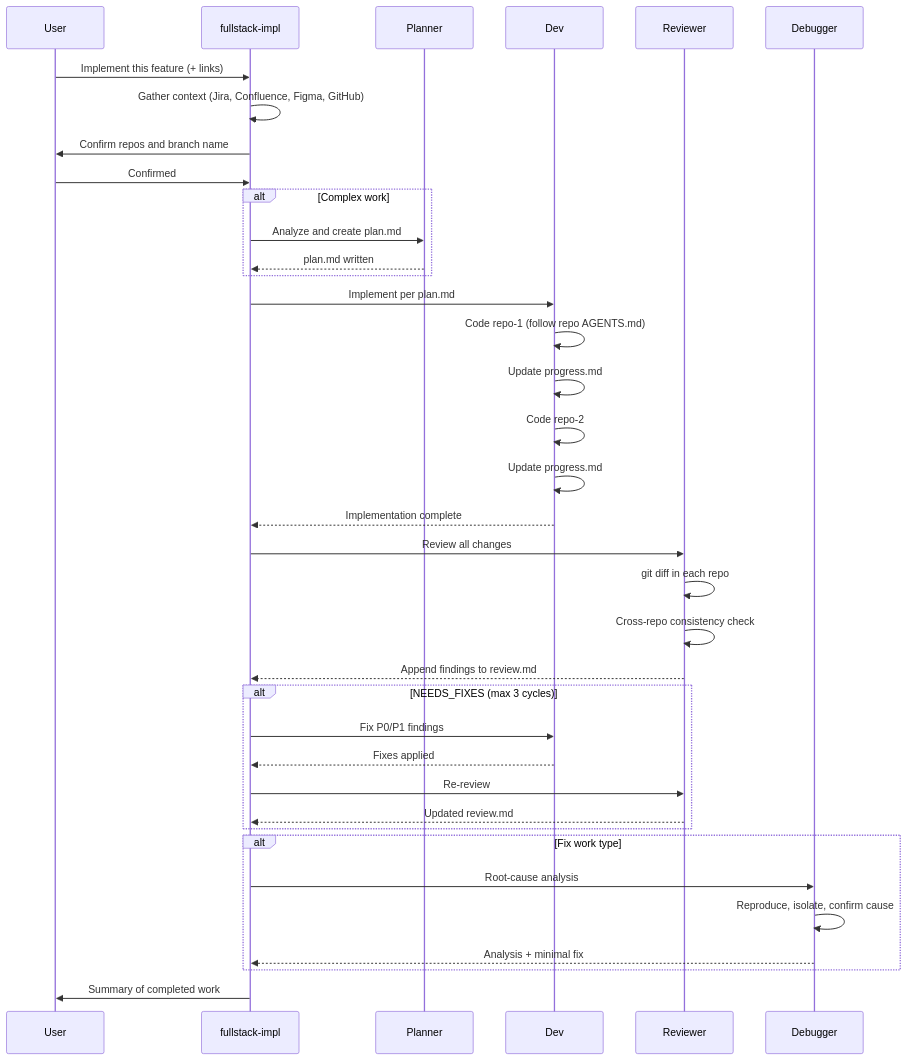
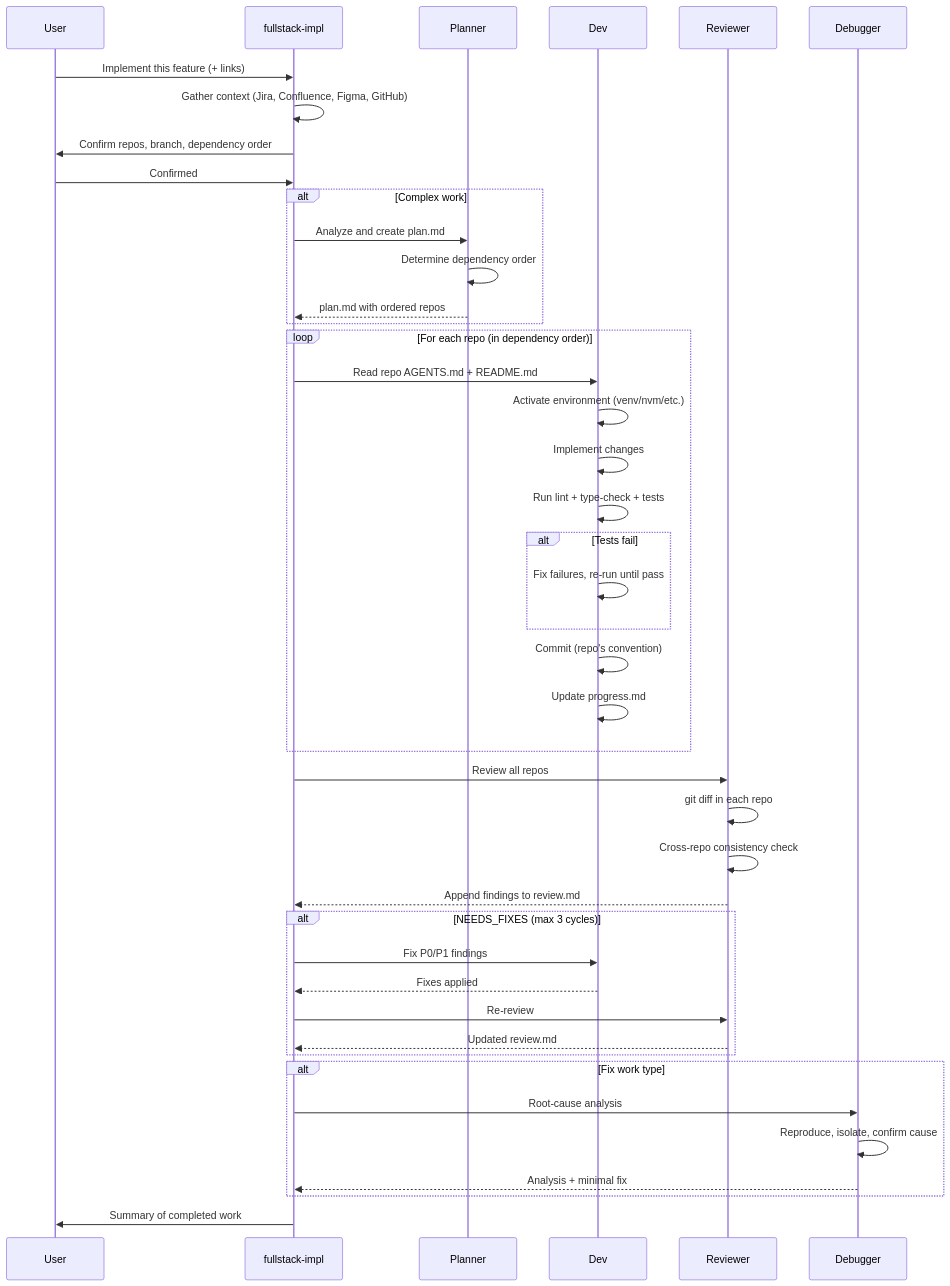
Before and after one commit to jie-meng/mythril-agent-skills: the second of 2 diagrams in docs/fullstack/FULLSTACK-IMPL.md, drawn with Mermaid. The commit also changed other lines of this file and 1 other file, not shown here.

Commit message:
[fullstack-impl] Add serial orchestration, environment management, test rigor

````diff
--- a/docs/fullstack/FULLSTACK-IMPL.md
+++ b/docs/fullstack/FULLSTACK-IMPL.md
@@ -146,46 +218,52 @@
 ```mermaid
 sequenceDiagram
     participant User
     participant Skill as fullstack-impl
     participant Planner
     participant Dev
     participant Reviewer
     participant Debugger
 
     User->>Skill: Implement this feature (+ links)
     Skill->>Skill: Gather context (Jira, Confluence, Figma, GitHub)
-    Skill->>User: Confirm repos and branch name
+    Skill->>User: Confirm repos, branch, dependency order
     User->>Skill: Confirmed
 
     alt Complex work
         Skill->>Planner: Analyze and create plan.md
-        Planner-->>Skill: plan.md written
+        Planner->>Planner: Determine dependency order
+        Planner-->>Skill: plan.md with ordered repos
     end
 
-    Skill->>Dev: Implement per plan.md
-    Dev->>Dev: Code repo-1 (follow repo AGENTS.md)
-    Dev->>Dev: Update progress.md
-    Dev->>Dev: Code repo-2
-    Dev->>Dev: Update progress.md
-    Dev-->>Skill: Implementation complete
+    loop For each repo (in dependency order)
+        Skill->>Dev: Read repo AGENTS.md + README.md
+        Dev->>Dev: Activate environment (venv/nvm/etc.)
+        Dev->>Dev: Implement changes
+        Dev->>Dev: Run lint + type-check + tests
+        alt Tests fail
+            Dev->>Dev: Fix failures, re-run until pass
+        end
+        Dev->>Dev: Commit (repo's convention)
+        Dev->>Dev: Update progress.md
+    end
 
-    Skill->>Reviewer: Review all changes
+    Skill->>Reviewer: Review all repos
     Reviewer->>Reviewer: git diff in each repo
     Reviewer->>Reviewer: Cross-repo consistency check
     Reviewer-->>Skill: Append findings to review.md
 
     alt NEEDS_FIXES (max 3 cycles)
         Skill->>Dev: Fix P0/P1 findings
         Dev-->>Skill: Fixes applied
         Skill->>Reviewer: Re-review
         Reviewer-->>Skill: Updated review.md
     end
 
     alt Fix work type
         Skill->>Debugger: Root-cause analysis
         Debugger->>Debugger: Reproduce, isolate, confirm cause
         Debugger-->>Skill: Analysis + minimal fix
     end
 
     Skill->>User: Summary of completed work
 ```
````
